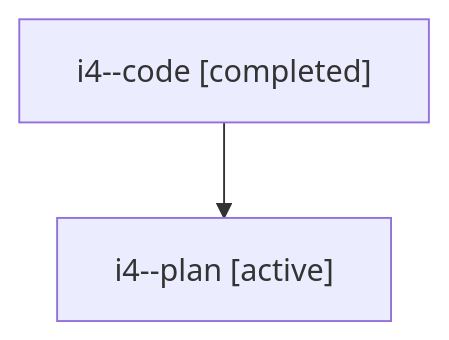
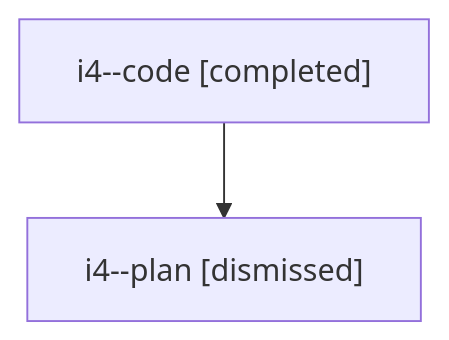
Before and after one commit to sase-org/sase--agents: the diagram in sessions/bbugyi200.athena.i4.md, drawn with Mermaid. The commit also changed other lines of this file and 34 other files, not shown here.

````diff
--- a/sessions/bbugyi200.athena.i4.md
+++ b/sessions/bbugyi200.athena.i4.md
@@ -9,6 +9,6 @@
 ```mermaid
 flowchart TD
   n0["i4--code [completed]"]
-  n1["i4--plan [active]"]
+  n1["i4--plan [dismissed]"]
   n0 --> n1
 ```
````
